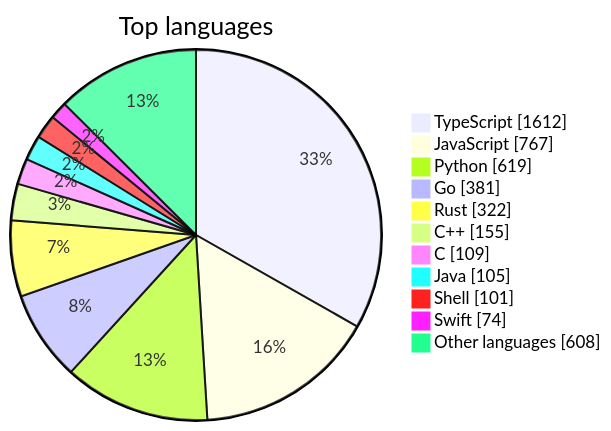
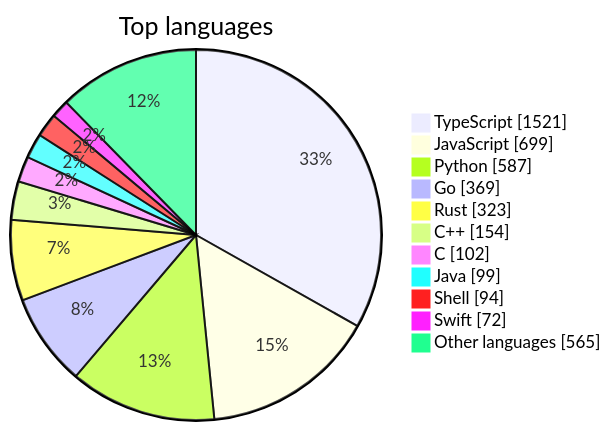
Before and after one commit to maxgfr/awesome-stars: the first of 2 diagrams in README.md, drawn with Mermaid. The commit also changed other lines of this file and 27 other files, not shown here.

````diff
--- a/README.md
+++ b/README.md
@@ -39,14 +39,14 @@
 ```mermaid
 pie showData title Top languages
-    "TypeScript" : 1612
-    "JavaScript" : 767
-    "Python" : 619
-    "Go" : 381
-    "Rust" : 322
-    "C++" : 155
-    "C" : 109
-    "Java" : 105
-    "Shell" : 101
-    "Swift" : 74
-    "Other languages" : 608
+    "TypeScript" : 1521
+    "JavaScript" : 699
+    "Python" : 587
+    "Go" : 369
+    "Rust" : 323
+    "C++" : 154
+    "C" : 102
+    "Java" : 99
+    "Shell" : 94
+    "Swift" : 72
+    "Other languages" : 565
 ```
````
